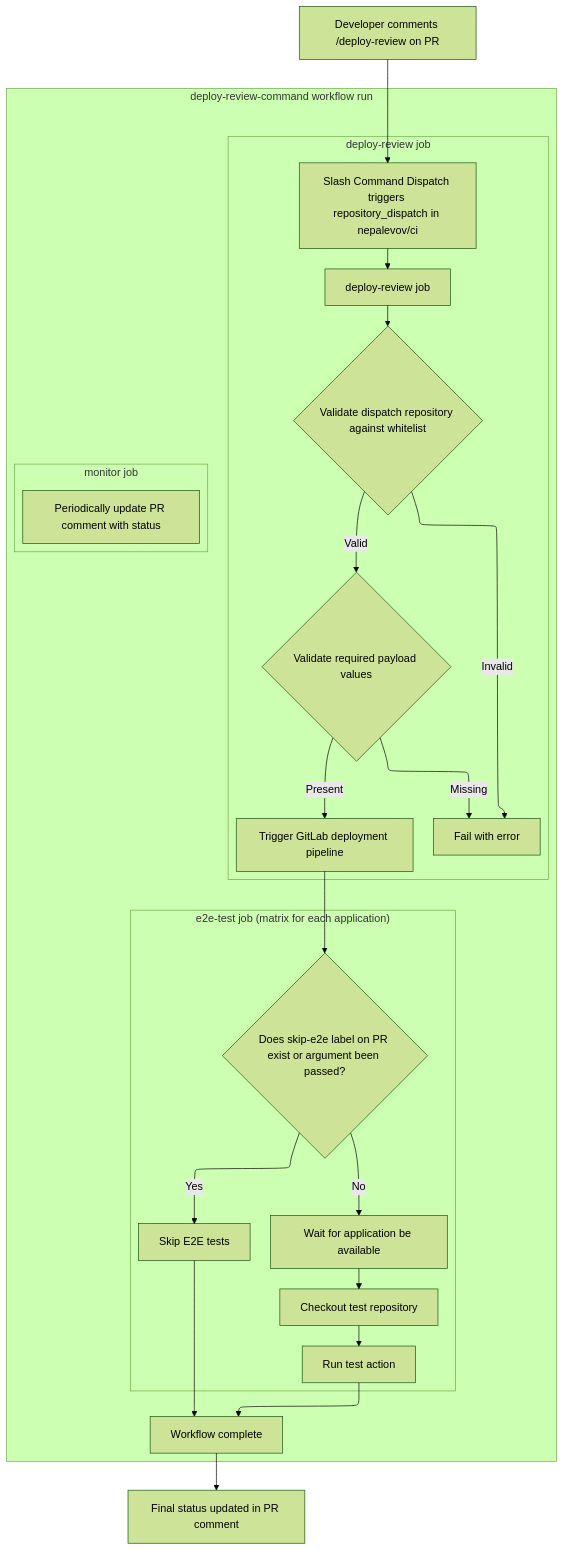
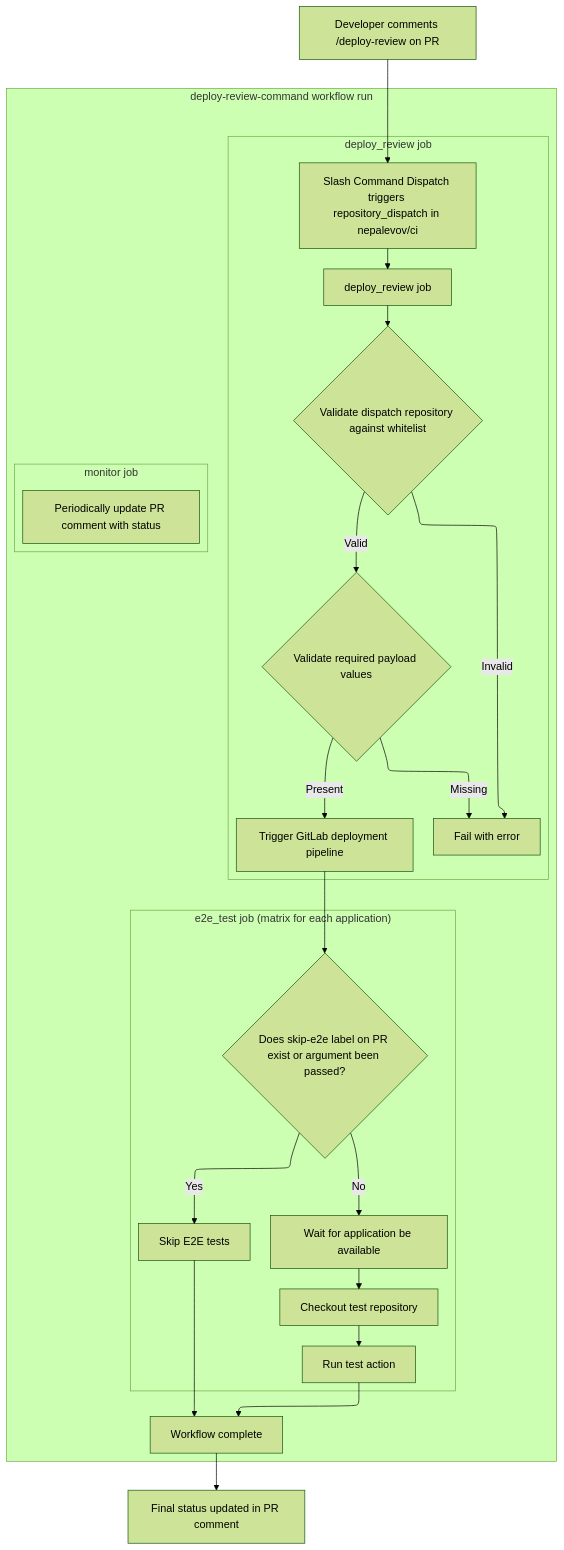
The diagram in README.md (nepalevov/ci), drawn with Mermaid (forest theme) before and after one commit. The commit also changed 28 other files, not shown here.

````diff
--- a/README.md
+++ b/README.md
@@ -356,32 +356,32 @@
 ```mermaid
 flowchart-elk TD
     A[Developer comments /deploy-review on PR] --> B[Slash Command Dispatch triggers repository_dispatch in nepalevov/ci]
 
     subgraph workflow["deploy-review-command workflow run"]
-        subgraph deploy["deploy-review job"]
-            B --> C[deploy-review job]
+        subgraph deploy["deploy_review job"]
+            B --> C[deploy_review job]
             C --> D{Validate dispatch repository against whitelist}
             D -->|Invalid| E[Fail with error]
             D -->|Valid| F{Validate required payload values}
             F -->|Missing| E
             F -->|Present| G[Trigger GitLab deployment pipeline]
         end
 
-        subgraph e2e["e2e-test job (matrix for each application)"]
+        subgraph e2e["e2e_test job (matrix for each application)"]
             G --> I{Does skip-e2e label on PR exist or argument been passed?}
             I -->|Yes| J[Skip E2E tests]
             I -->|No| K[Wait for application be available]
             K --> L[Checkout test repository]
             L --> M[Run test action]
         end
 
         subgraph monitor["monitor job"]
             O[Periodically update PR comment with status]
         end
 
         M --> Q[Workflow complete]
         J --> Q
     end
 
     Q --> R[Final status updated in PR comment]
 ```
````
